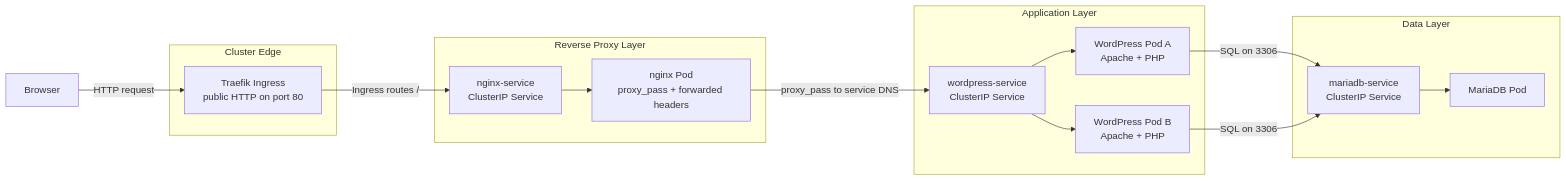
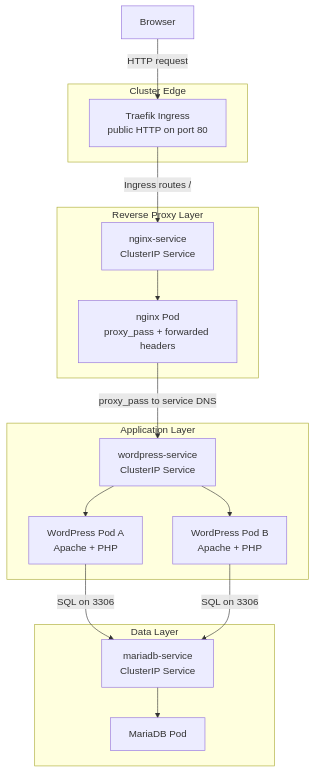
Before and after one commit to adulbrich/cs312: the diagram in src/content/docs/labs/first-container-orchestration-deployment.mdx, drawn with Mermaid.

Commit message:
mermaid diagram TB

````diff
--- a/src/content/docs/labs/first-container-orchestration-deployment.mdx
+++ b/src/content/docs/labs/first-container-orchestration-deployment.mdx
@@ -353,34 +353,34 @@
 ```mermaid
-flowchart LR
+flowchart TB
   browser[Browser]
 
   subgraph edge[Cluster Edge]
     traefik[Traefik Ingress\npublic HTTP on port 80]
   end
 
   subgraph proxy[Reverse Proxy Layer]
     nginxSvc[nginx-service\nClusterIP Service]
     nginxPod[nginx Pod\nproxy_pass + forwarded headers]
     nginxSvc --> nginxPod
   end
 
   subgraph app[Application Layer]
     wpSvc[wordpress-service\nClusterIP Service]
     wpPod1[WordPress Pod A\nApache + PHP]
     wpPod2[WordPress Pod B\nApache + PHP]
     wpSvc --> wpPod1
     wpSvc --> wpPod2
   end
 
   subgraph data[Data Layer]
     mariadbSvc[mariadb-service\nClusterIP Service]
     mariadbPod[MariaDB Pod]
     mariadbSvc --> mariadbPod
   end
 
   browser -->|HTTP request| traefik
   traefik -->|Ingress routes /| nginxSvc
   nginxPod -->|proxy_pass to service DNS| wpSvc
   wpPod1 -->|SQL on 3306| mariadbSvc
   wpPod2 -->|SQL on 3306| mariadbSvc
 ```
````
